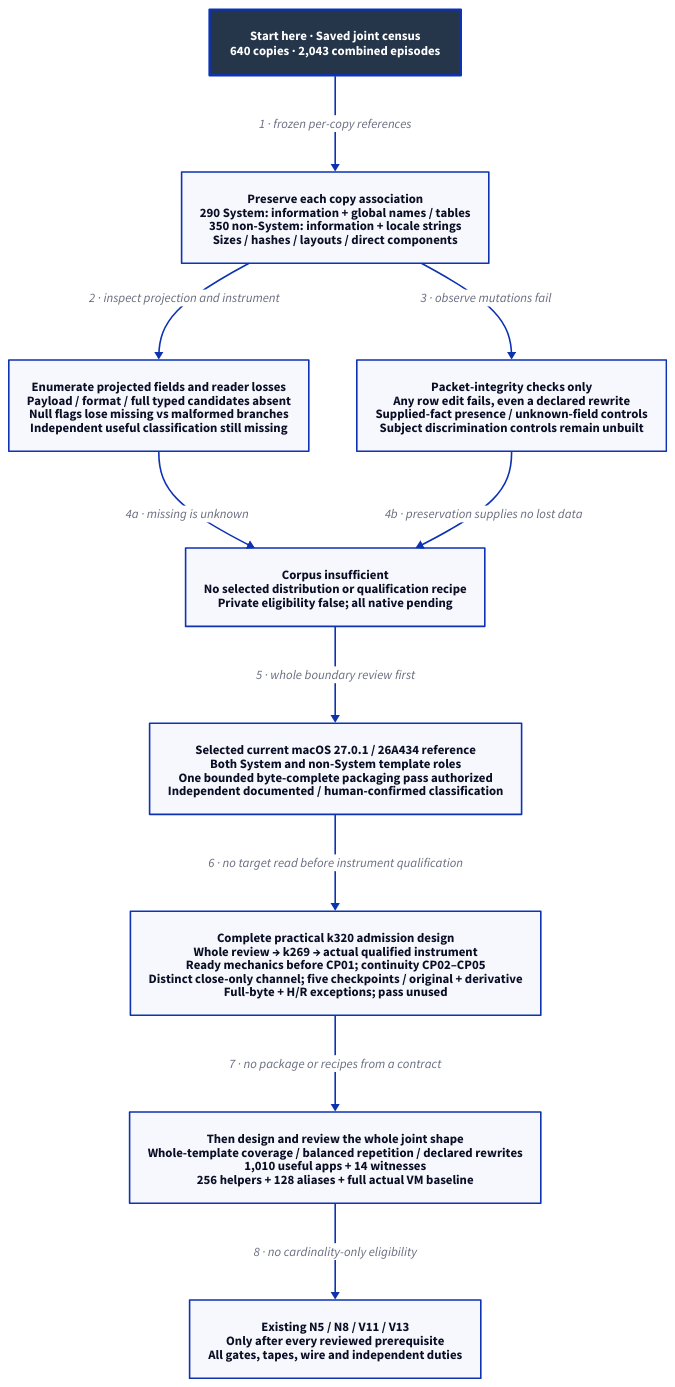
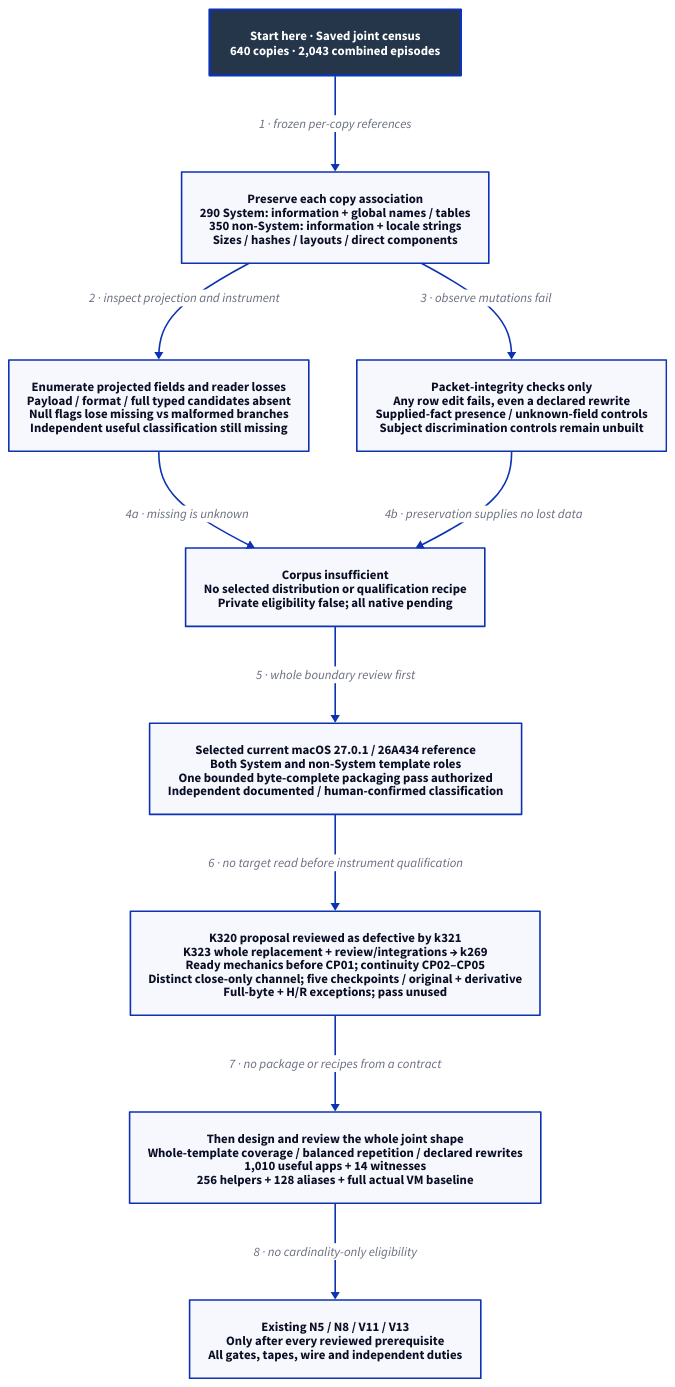
One commit to Linkuistics/Koine changed the diagram in docs/design/architecture/native-population-metadata-shape.d2. Above: the diagram before and after it, drawn with D2. The commit also changed 48 other files, not shown here.

Commit message:
Integrate practical admission review and place its complete repair (reference-evidence-practical-admission-k322)

```diff
--- a/docs/design/architecture/native-population-metadata-shape.d2
+++ b/docs/design/architecture/native-population-metadata-shape.d2
@@ -1,23 +1,23 @@
 # Historical boundary and selected current-reference requirements; no useful subject or native pass.
 direction: down
 classes: {
   start: {style: {fill: "#25364B"; font-color: "#FFFFFF"; bold: true; stroke-width: 3}}
 }
 Start: "Start here · Saved joint census\n640 copies · 2,043 combined episodes" {class: start}
 Known: "Preserve each copy association\n290 System: information + global names / tables\n350 non-System: information + locale strings\nSizes / hashes / layouts / direct components"
 Missing: "Enumerate projected fields and reader losses\nPayload / format / full typed candidates absent\nNull flags lose missing vs malformed branches\nIndependent useful classification still missing"
 Control: "Packet-integrity checks only\nAny row edit fails, even a declared rewrite\nSupplied-fact presence / unknown-field controls\nSubject discrimination controls remain unbuilt"
 Boundary: "Corpus insufficient\nNo selected distribution or qualification recipe\nPrivate eligibility false; all native pending"
 Decision: "Selected current macOS 27.0.1 / 26A434 reference\nBoth System and non-System template roles\nOne bounded byte-complete packaging pass authorized\nIndependent documented / human-confirmed classification"
-Contract: "Complete practical k320 admission design\nWhole review → k269 → actual qualified instrument\nReady mechanics before CP01; continuity CP02–CP05\nDistinct close-only channel; five checkpoints / original + derivative\nFull-byte + H/R exceptions; pass unused"
+Contract: "K320 proposal reviewed as defective by k321\nK323 whole replacement + review/integrations → k269\nReady mechanics before CP01; continuity CP02–CP05\nDistinct close-only channel; five checkpoints / original + derivative\nFull-byte + H/R exceptions; pass unused"
 Design: "Then design and review the whole joint shape\nWhole-template coverage / balanced repetition / declared rewrites\n1,010 useful apps + 14 witnesses\n256 helpers + 128 aliases + full actual VM baseline"
 Native: "Existing N5 / N8 / V11 / V13\nOnly after every reviewed prerequisite\nAll gates, tapes, wire and independent duties"
 Start -> Known: "1 · frozen per-copy references"
 Known -> Missing: "2 · inspect projection and instrument"
 Known -> Control: "3 · observe mutations fail"
 Missing -> Boundary: "4a · missing is unknown"
 Control -> Boundary: "4b · preservation supplies no lost data"
 Boundary -> Decision: "5 · whole boundary review first"
 Decision -> Contract: "6 · no target read before instrument qualification"
 Contract -> Design: "7 · no package or recipes from a contract"
 Design -> Native: "8 · no cardinality-only eligibility"
```
